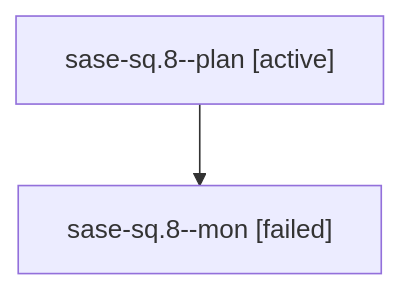
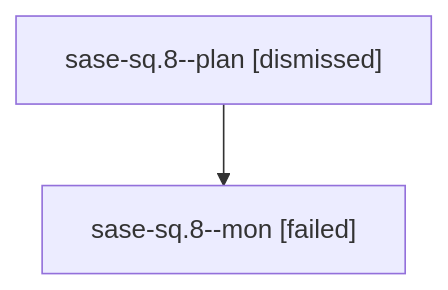
The diagram in sessions/bbugyi200.athena.sase-sq.8.md (sase-org/sase--agents), drawn with Mermaid before and after one commit. The commit also changed other lines of this file and 189 other files, not shown here.

````diff
--- a/sessions/bbugyi200.athena.sase-sq.8.md
+++ b/sessions/bbugyi200.athena.sase-sq.8.md
@@ -9,6 +9,6 @@
 ```mermaid
 flowchart TD
-  n0["sase-sq.8--plan [active]"]
+  n0["sase-sq.8--plan [dismissed]"]
   n1["sase-sq.8--mon [failed]"]
   n0 --> n1
 ```
````
